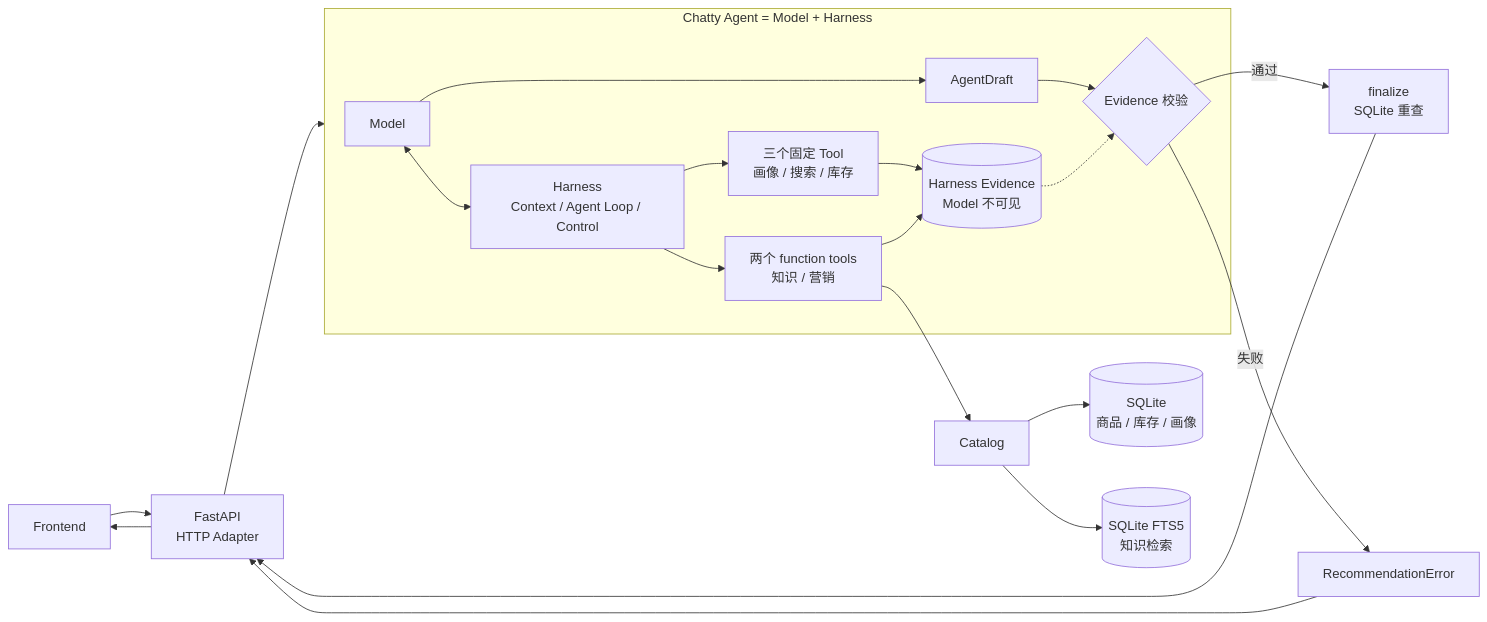
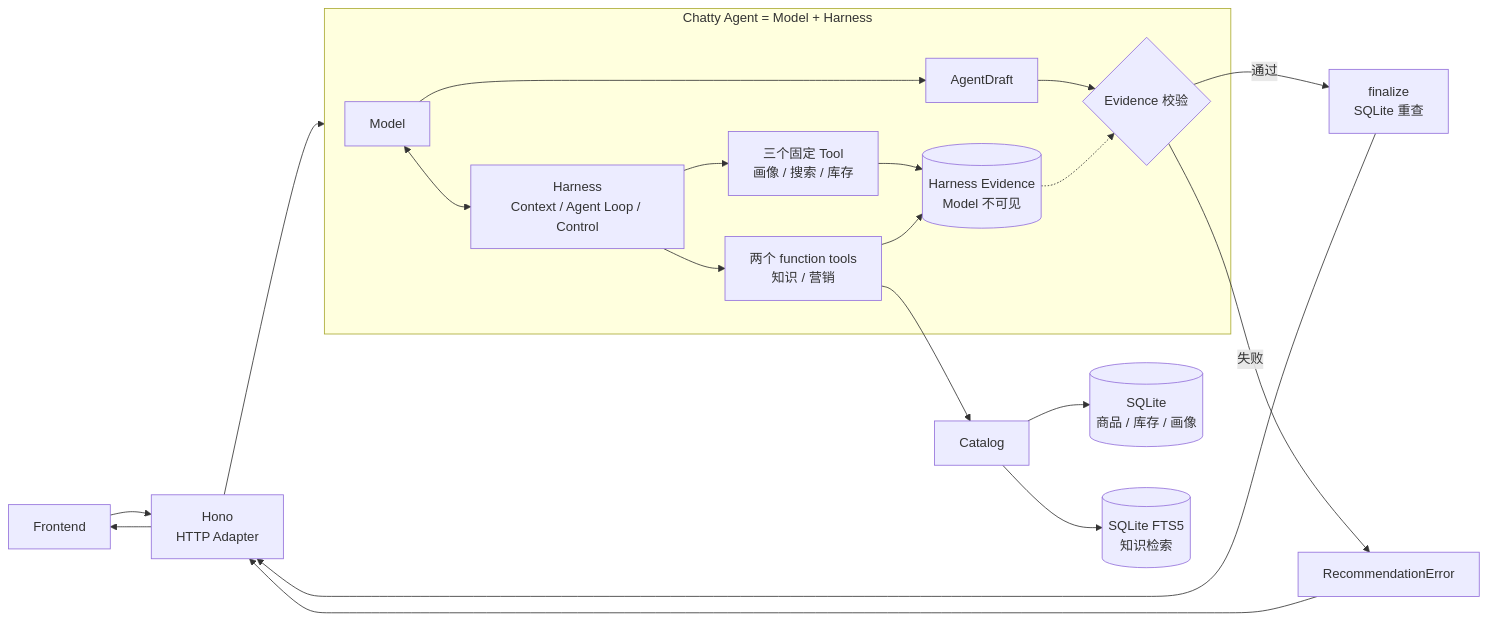
The diagram in docs/chatty-book/chapter1.md (ImWenyaoT/chatty), drawn with Mermaid before and after one commit. The commit also changed other lines of this file and 104 other files, not shown here.

First line of the commit message:
迁移：后端从 Python/FastAPI 迁移到 TypeScript/Node (#59)

````diff
--- a/docs/chatty-book/chapter1.md
+++ b/docs/chatty-book/chapter1.md
@@ -17,23 +17,23 @@
 ```mermaid
 flowchart LR
-    UI["Frontend"] --> API["FastAPI<br/>HTTP Adapter"]
+    UI["Frontend"] --> API["Hono<br/>HTTP Adapter"]
     API --> A
     subgraph A["Chatty Agent = Model + Harness"]
         M["Model"] <--> H["Harness<br/>Context / Agent Loop / Control"]
         H --> F["三个固定 Tool<br/>画像 / 搜索 / 库存"]
         H --> T["两个 function tools<br/>知识 / 营销"]
         F --> E
         T --> E[("Harness Evidence<br/>Model 不可见")]
         M --> D["AgentDraft"]
         D --> V{"Evidence 校验"}
         E -.-> V
     end
     T --> CAT["Catalog"]
     CAT --> DB[("SQLite<br/>商品 / 库存 / 画像")]
     CAT --> FTS[("SQLite FTS5<br/>知识检索")]
     V -->|"通过"| FIN["finalize<br/>SQLite 重查"]
     V -->|"失败"| ERR["RecommendationError"]
     FIN --> API
     ERR --> API
     API --> UI
 ```
````
